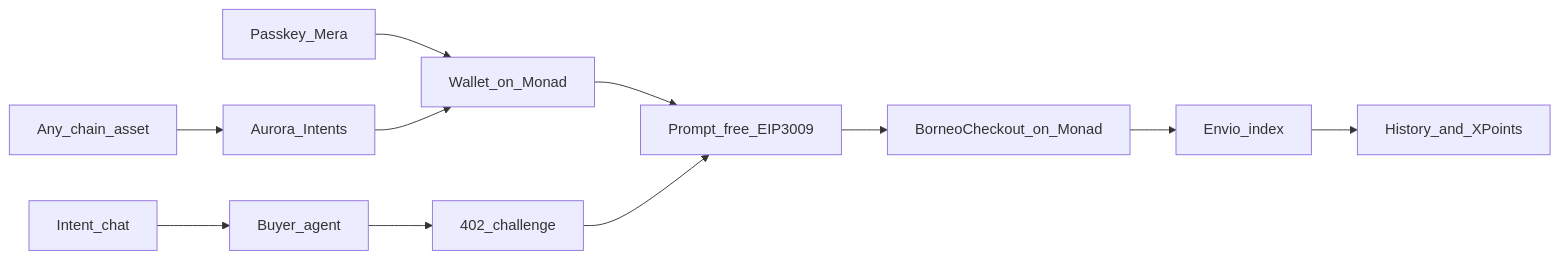
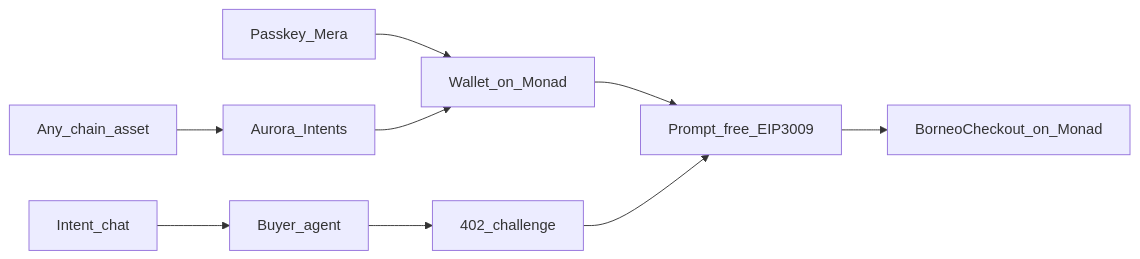
Before and after one commit to itzsihui/Metropolis: the diagram in README.md, drawn with Mermaid. The commit also changed other lines of this file and 24 other files, not shown here.

````diff
--- a/README.md
+++ b/README.md
@@ -31,13 +30,11 @@
 ```mermaid
 flowchart LR
   passkey[Passkey_Mera] --> wallet[Wallet_on_Monad]
   anychain[Any_chain_asset] --> aurora[Aurora_Intents]
   aurora --> wallet
   intent[Intent_chat] --> agent[Buyer_agent]
   agent --> x402[402_challenge]
   wallet --> sign[Prompt_free_EIP3009]
   x402 --> sign
   sign --> checkout[BorneoCheckout_on_Monad]
-  checkout --> envio[Envio_index]
-  envio --> history[History_and_XPoints]
 ```
````
